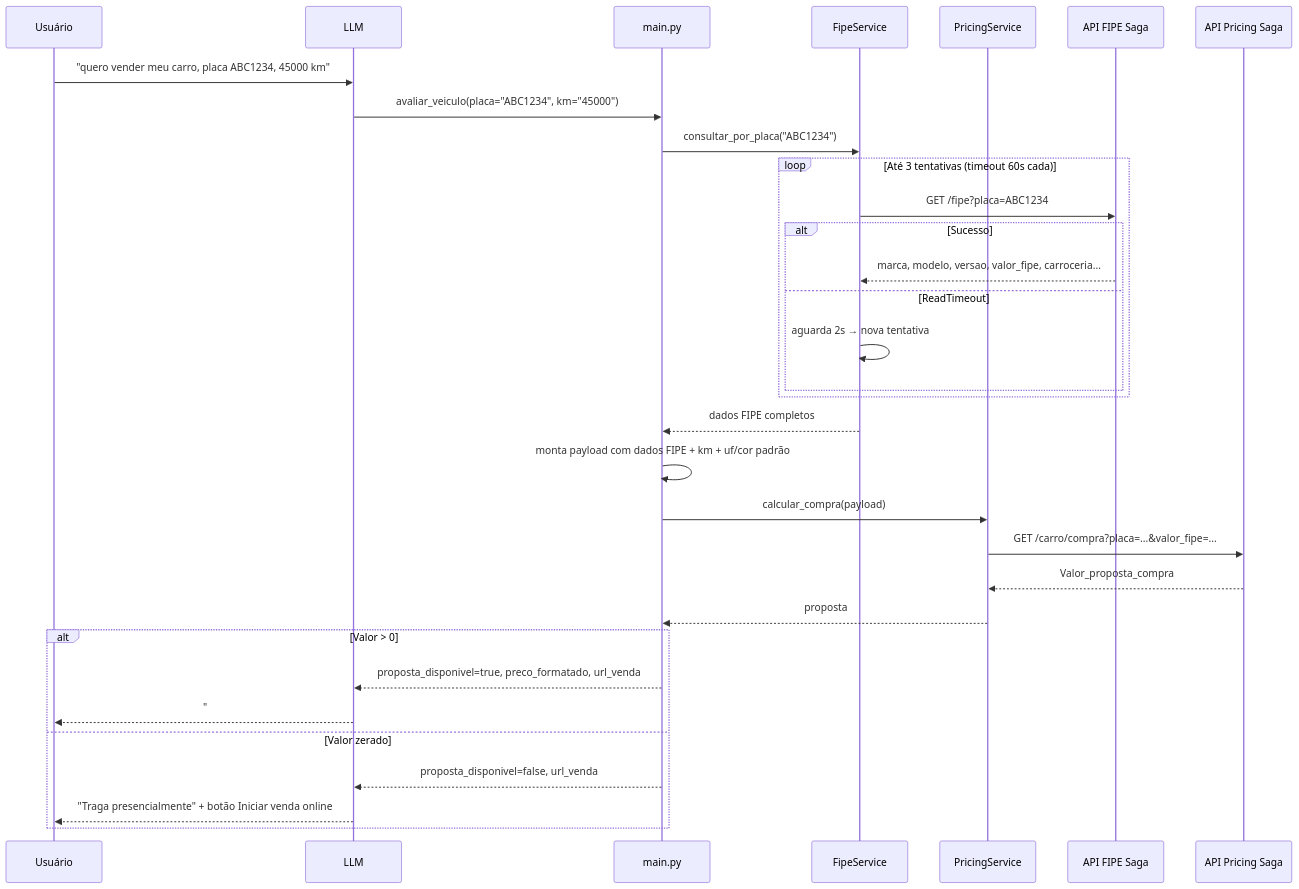
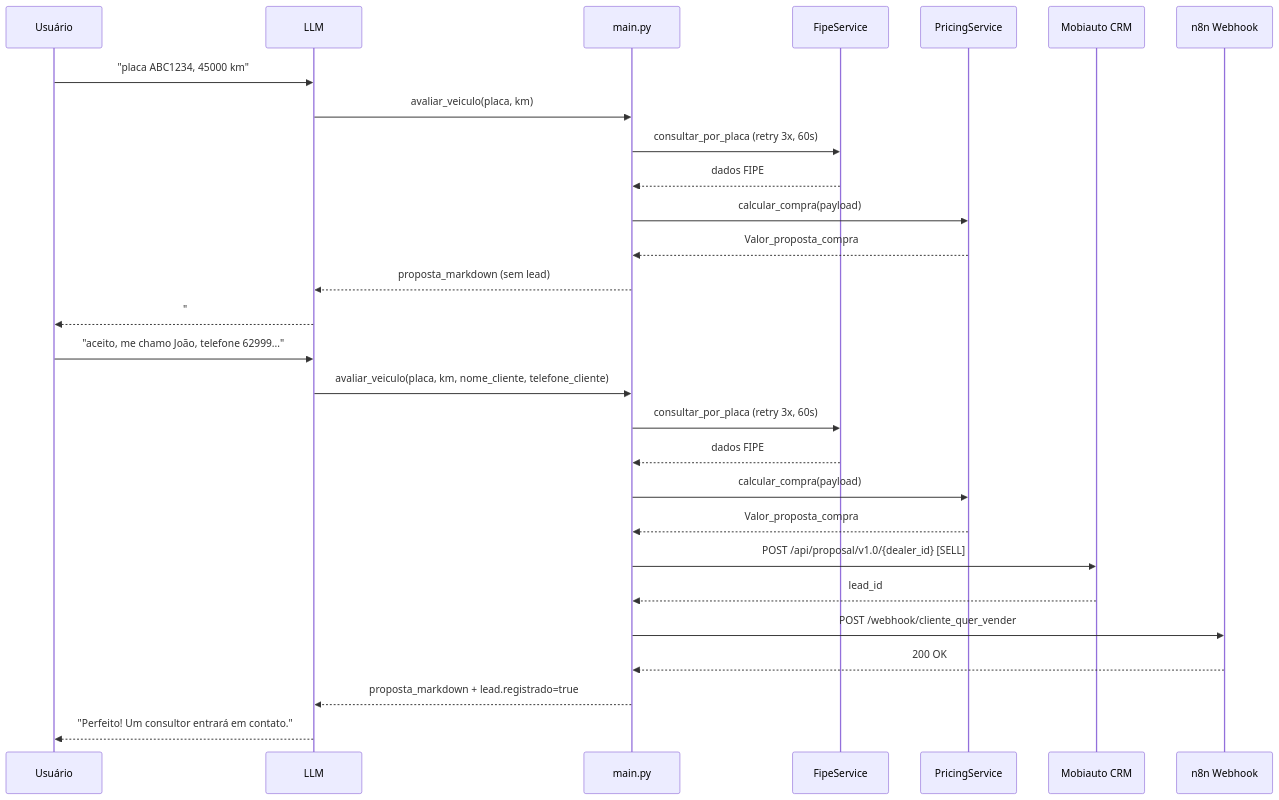
Before and after one commit to JoaaoCunhaa/ml-mcp-ia-vendas: the second of 2 diagrams in docs/03_fluxo.md, drawn with Mermaid. The commit also changed other lines of this file and 13 other files, not shown here.

````diff
--- a/docs/03_fluxo.md
+++ b/docs/03_fluxo.md
@@ -132,38 +191,32 @@
 ```mermaid
 sequenceDiagram
     participant U as Usuário
     participant L as LLM
     participant M as main.py
     participant F as FipeService
     participant P as PricingService
-    participant FA as API FIPE Saga
-    participant PA as API Pricing Saga
+    participant CRM as Mobiauto CRM
+    participant WH as n8n Webhook
 
-    U->>L: "quero vender meu carro, placa ABC1234, 45000 km"
-    L->>M: avaliar_veiculo(placa="ABC1234", km="45000")
-    M->>F: consultar_por_placa("ABC1234")
+    U->>L: "placa ABC1234, 45000 km"
+    L->>M: avaliar_veiculo(placa, km)
+    M->>F: consultar_por_placa (retry 3x, 60s)
+    F-->>M: dados FIPE
+    M->>P: calcular_compra(payload)
+    P-->>M: Valor_proposta_compra
+    M-->>L: proposta_markdown (sem lead)
+    L-->>U: "## 💰 Proposta: R$ XX.XXX — informe nome e telefone"
 
-    loop Até 3 tentativas (timeout 60s cada)
-        F->>FA: GET /fipe?placa=ABC1234
-        alt Sucesso
-            FA-->>F: marca, modelo, versao, valor_fipe, carroceria...
-        else ReadTimeout
-            F->>F: aguarda 2s → nova tentativa
-        end
-    end
-
-    F-->>M: dados FIPE completos
-    M->>M: monta payload com dados FIPE + km + uf/cor padrão
+    U->>L: "aceito, me chamo João, telefone 62999..."
+    L->>M: avaliar_veiculo(placa, km, nome_cliente, telefone_cliente)
+    M->>F: consultar_por_placa (retry 3x, 60s)
+    F-->>M: dados FIPE
     M->>P: calcular_compra(payload)
-    P->>PA: GET /carro/compra?placa=...&valor_fipe=...
-    PA-->>P: Valor_proposta_compra
-    P-->>M: proposta
-
-    alt Valor > 0
-        M-->>L: proposta_disponivel=true, preco_formatado, url_venda
-        L-->>U: "## 💰 Proposta: R$ XX.XXX" + botão Vender agora
-    else Valor zerado
-        M-->>L: proposta_disponivel=false, url_venda
-        L-->>U: "Traga presencialmente" + botão Iniciar venda online
-    end
+    P-->>M: Valor_proposta_compra
+    M->>CRM: POST /api/proposal/v1.0/{dealer_id} [SELL]
+    CRM-->>M: lead_id
+    M->>WH: POST /webhook/cliente_quer_vender
+    WH-->>M: 200 OK
+    M-->>L: proposta_markdown + lead.registrado=true
+    L-->>U: "Perfeito! Um consultor entrará em contato."
 ```
````
